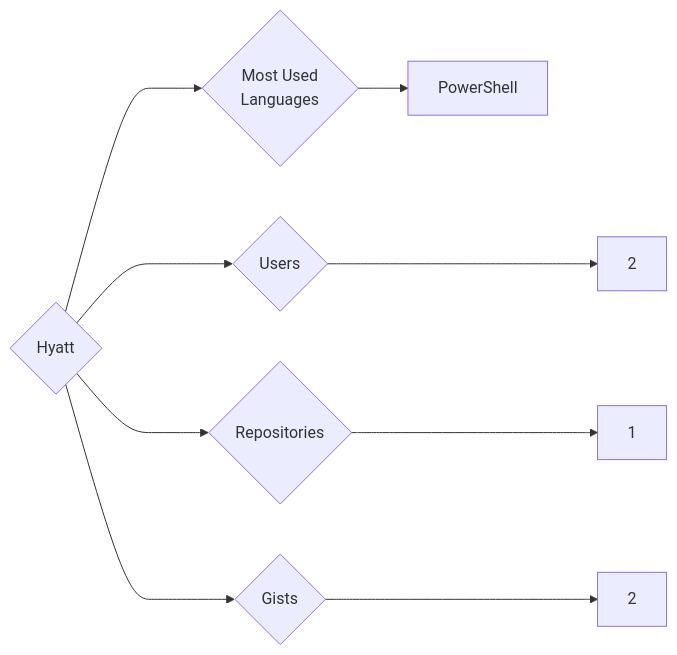
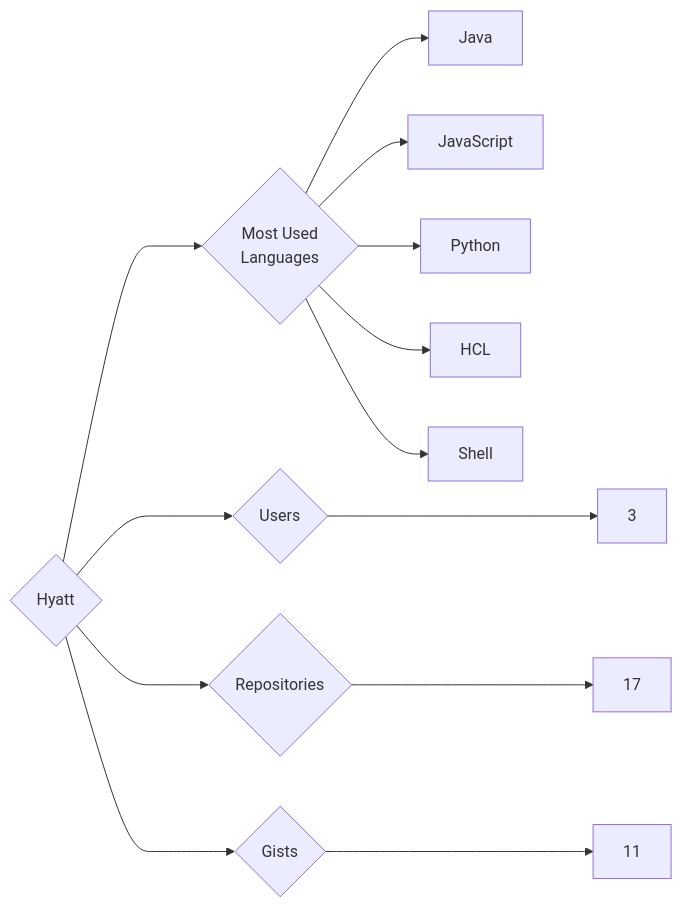
The diagram in targets/Hyatt/README.md (trickest/insiders), drawn with Mermaid before and after one commit. The commit also changed 1120 other files, not shown here.

````diff
--- a/targets/Hyatt/README.md
+++ b/targets/Hyatt/README.md
@@ -3,9 +3,13 @@
 ```mermaid
 graph LR
 COMPANY_NAME{Hyatt}
-COMPANY_NAME ---> U{Users} ---> UN[2]
-COMPANY_NAME ---> R{Repositories} ---> RN[1]
-COMPANY_NAME ---> G{Gists} ---> GN[2]
+COMPANY_NAME ---> U{Users} ---> UN[3]
+COMPANY_NAME ---> R{Repositories} ---> RN[17]
+COMPANY_NAME ---> G{Gists} ---> GN[11]
 COMPANY_NAME ---> ML{Most Used<br>Languages}
-ML --> PowerShell[PowerShell]
+ML --> Java[Java]
+ML --> JavaScript[JavaScript]
+ML --> Python[Python]
+ML --> HCL[HCL]
+ML --> Shell[Shell]
 ```
````
